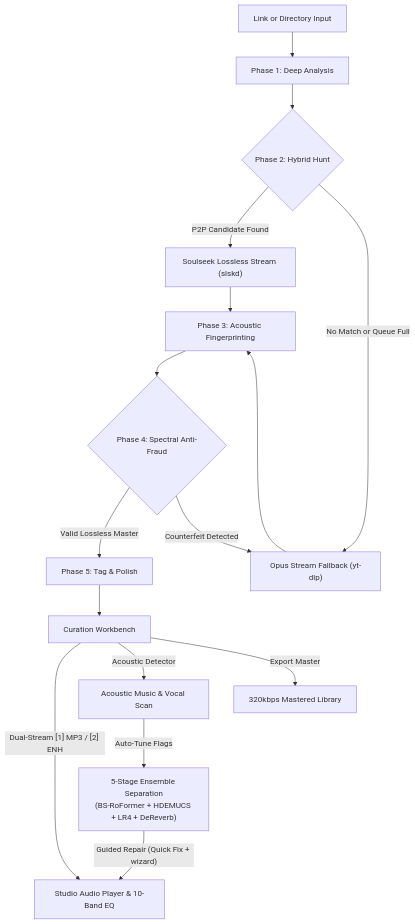
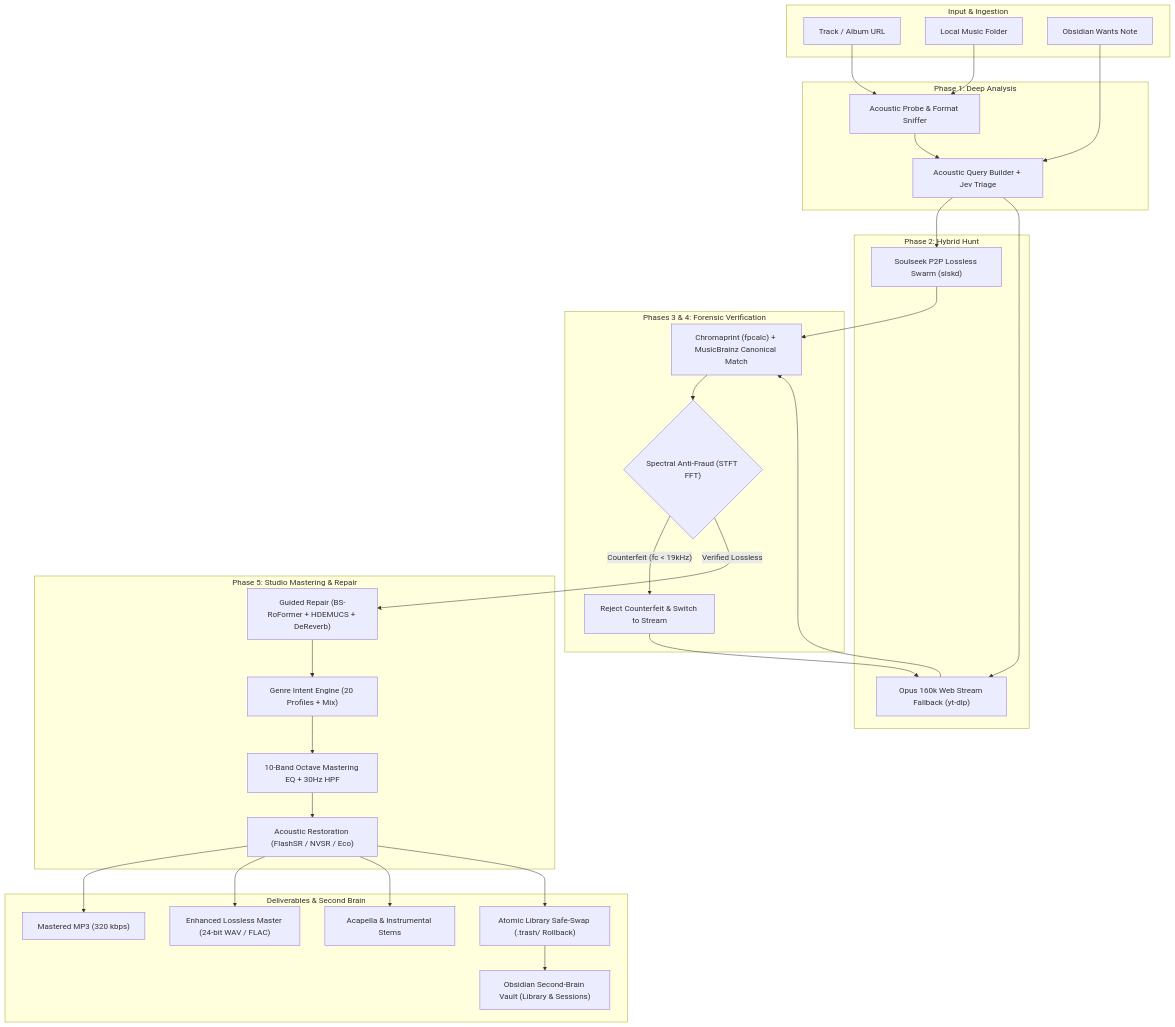
One commit to abdullah-binmadhi/OmniRip changed the first of 4 diagrams in README.md. Above: the diagram before and after it, drawn with Mermaid. The commit also changed other lines of this file and 13 other files, not shown here.

````diff
--- a/README.md
+++ b/README.md
@@ -112,18 +73,60 @@
 ```mermaid
 graph TD
-    A["Link or Directory Input"] --> P1["Phase 1: Deep Analysis"]
-    P1 --> P2{"Phase 2: Hybrid Hunt"}
-    P2 -->|"P2P Candidate Found"| S1["Soulseek Lossless Stream (slskd)"]
-    P2 -->|"No Match or Queue Full"| S2["Opus Stream Fallback (yt-dlp)"]
-    S1 --> P3["Phase 3: Acoustic Fingerprinting"]
-    S2 --> P3
-    P3 --> P4{"Phase 4: Spectral Anti-Fraud"}
-    P4 -->|"Valid Lossless Master"| P5["Phase 5: Tag & Polish"]
-    P4 -->|"Counterfeit Detected"| S2
-    P5 --> WB["Curation Workbench"]
-    WB -->|"Dual-Stream [1] MP3 / [2] ENH"| PL["Studio Audio Player & 10-Band EQ"]
-    WB -->|"Acoustic Detector"| DET["Acoustic Music & Vocal Scan"]
-    DET -->|"Auto-Tune Flags"| STM["5-Stage Ensemble Separation<br>(BS-RoFormer + HDEMUCS + LR4 + DeReverb)"]
-    STM -->|"Guided Repair (Quick Fix + wizard)"| PL
-    WB -->|"Export Master"| OUT["320kbps Mastered Library"]
+    subgraph IN["Input & Ingestion"]
+        URL["Track / Album URL"]
+        DIR["Local Music Folder"]
+        OBS["Obsidian Wants Note"]
+    end
+
+    subgraph P1["Phase 1: Deep Analysis"]
+        AN["Acoustic Probe & Format Sniffer"]
+        HQ["Acoustic Query Builder + Jev Triage"]
+    end
+
+    subgraph P2["Phase 2: Hybrid Hunt"]
+        SLSK["Soulseek P2P Lossless Swarm (slskd)"]
+        YT["Opus 160k Web Stream Fallback (yt-dlp)"]
+    end
+
+    subgraph P34["Phases 3 & 4: Forensic Verification"]
+        FP["Chromaprint (fpcalc) + MusicBrainz Canonical Match"]
+        FFT{"Spectral Anti-Fraud (STFT FFT)"}
+        FAKE["Reject Counterfeit & Switch to Stream"]
+    end
+
+    subgraph P5["Phase 5: Studio Mastering & Repair"]
+        REP["Guided Repair (BS-RoFormer + HDEMUCS + DeReverb)"]
+        GENRE["Genre Intent Engine (20 Profiles + Mix)"]
+        EQ["10-Band Octave Mastering EQ + 30Hz HPF"]
+        RES["Acoustic Restoration (FlashSR / NVSR / Eco)"]
+    end
+
+    subgraph OUT["Deliverables & Second Brain"]
+        EXP1["Mastered MP3 (320 kbps)"]
+        EXP2["Enhanced Lossless Master (24-bit WAV / FLAC)"]
+        EXP3["Acapella & Instrumental Stems"]
+        SWAP["Atomic Library Safe-Swap (.trash/ Rollback)"]
+        VAULT["Obsidian Second-Brain Vault (Library & Sessions)"]
+    end
+
+    URL --> AN
+    DIR --> AN
+    OBS --> HQ
+    AN --> HQ
+    HQ --> SLSK
+    HQ --> YT
+    SLSK --> FP
+    YT --> FP
+    FP --> FFT
+    FFT -->|"Counterfeit (fc < 19kHz)"| FAKE
+    FAKE --> YT
+    FFT -->|"Verified Lossless"| REP
+    REP --> GENRE
+    GENRE --> EQ
+    EQ --> RES
+    RES --> EXP1
+    RES --> EXP2
+    RES --> EXP3
+    RES --> SWAP
+    SWAP --> VAULT
 ```
````
